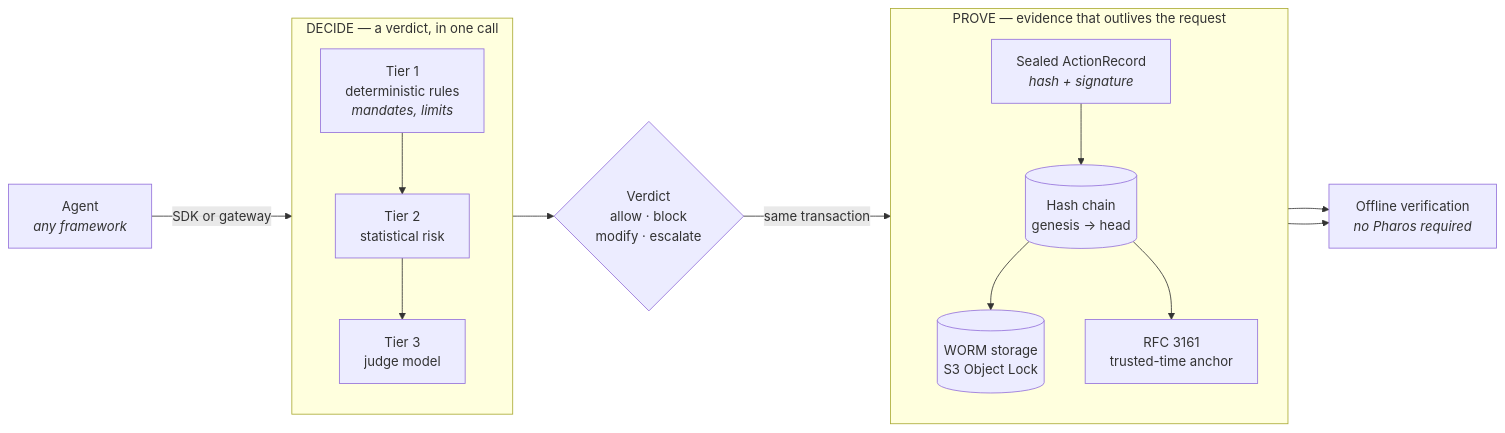
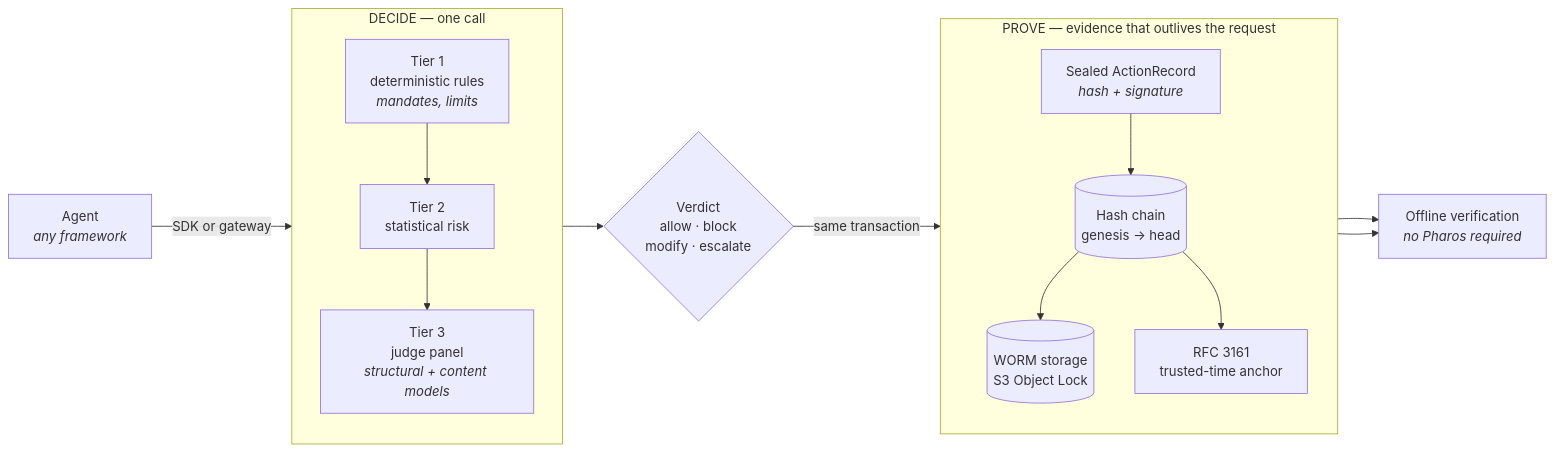
The diagram in README.md (Bobcatsfan33/Pharos), drawn with Mermaid before and after one commit. The commit also changed other lines of this file and 3 other files, not shown here.

````diff
--- a/README.md
+++ b/README.md
@@ -29,23 +120,19 @@
 ```mermaid
 flowchart LR
     A["Agent<br/><i>any framework</i>"] -->|SDK or gateway| B
-
-    subgraph decide ["DECIDE — a verdict, in one call"]
+    subgraph decide ["DECIDE — one call"]
         direction TB
         B["Tier 1<br/>deterministic rules<br/><i>mandates, limits</i>"] --> C["Tier 2<br/>statistical risk"]
-        C --> D["Tier 3<br/>judge model"]
+        C --> D["Tier 3<br/>judge panel<br/><i>structural + content models</i>"]
     end
-
     D --> E{"Verdict<br/>allow · block<br/>modify · escalate"}
     E -->|same transaction| F["Sealed ActionRecord<br/><i>hash + signature</i>"]
-
     subgraph prove ["PROVE — evidence that outlives the request"]
         direction TB
         F --> G[("Hash chain<br/>genesis → head")]
         G --> H[("WORM storage<br/>S3 Object Lock")]
         G --> I["RFC 3161<br/>trusted-time anchor"]
     end
-
     H --> J["Offline verification<br/><i>no Pharos required</i>"]
     I --> J
 ```
````
